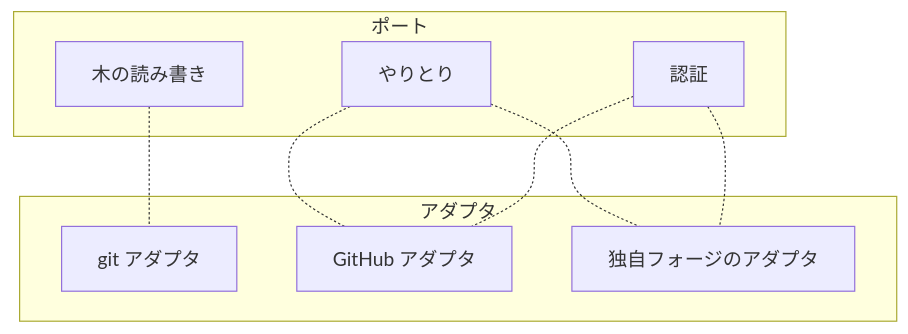
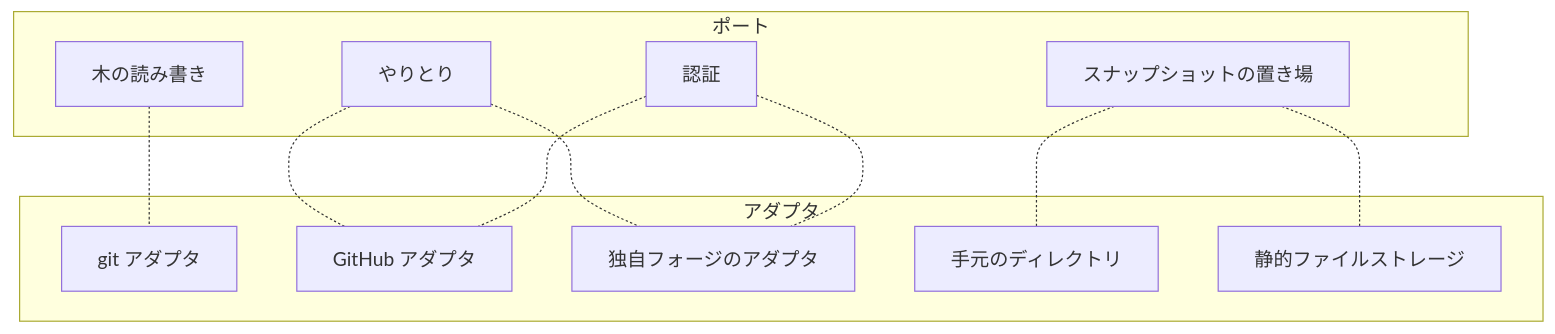
Before and after one commit to yamambainc/logiforge: the diagram in design/backend/ports/README.md, drawn with Mermaid. The commit also changed other lines of this file and 22 other files, not shown here.

````diff
--- a/design/backend/ports/README.md
+++ b/design/backend/ports/README.md
@@ -18,18 +19,23 @@
 ```mermaid
 flowchart TB
   subgraph PT["ポート"]
     P1["木の読み書き"]
     P2["やりとり"]
+    P4["スナップショットの置き場"]
     P3["認証"]
   end
   subgraph AD["アダプタ"]
     GA["git アダプタ"]
     GH["GitHub アダプタ"]
     NFA["独自フォージのアダプタ"]
+    DIR["手元のディレクトリ"]
+    OBJ["静的ファイルストレージ"]
   end
   P1 -.- GA
   P2 -.- GH
   P3 -.- GH
   P2 -.- NFA
   P3 -.- NFA
+  P4 -.- DIR
+  P4 -.- OBJ
 ```
````
